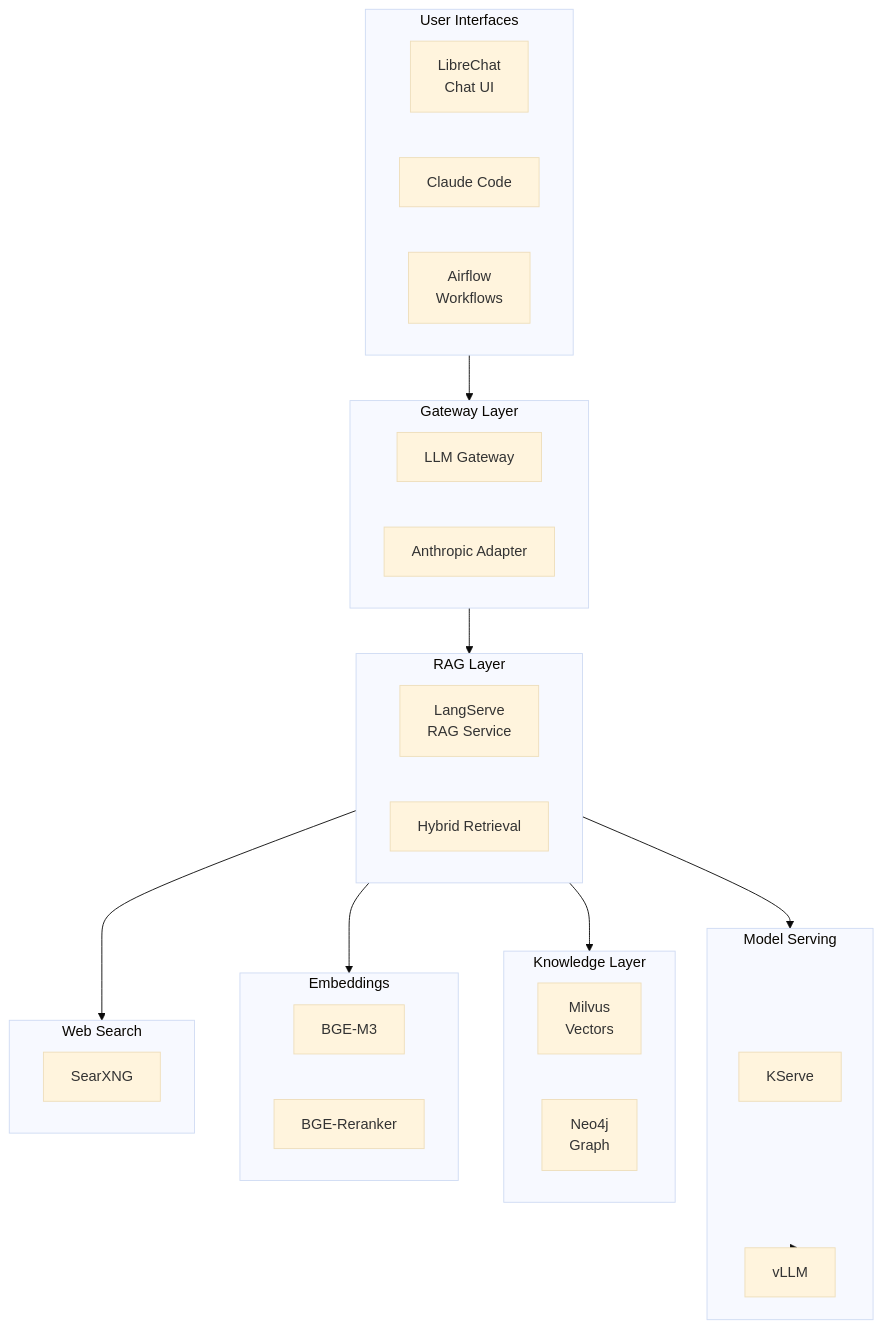
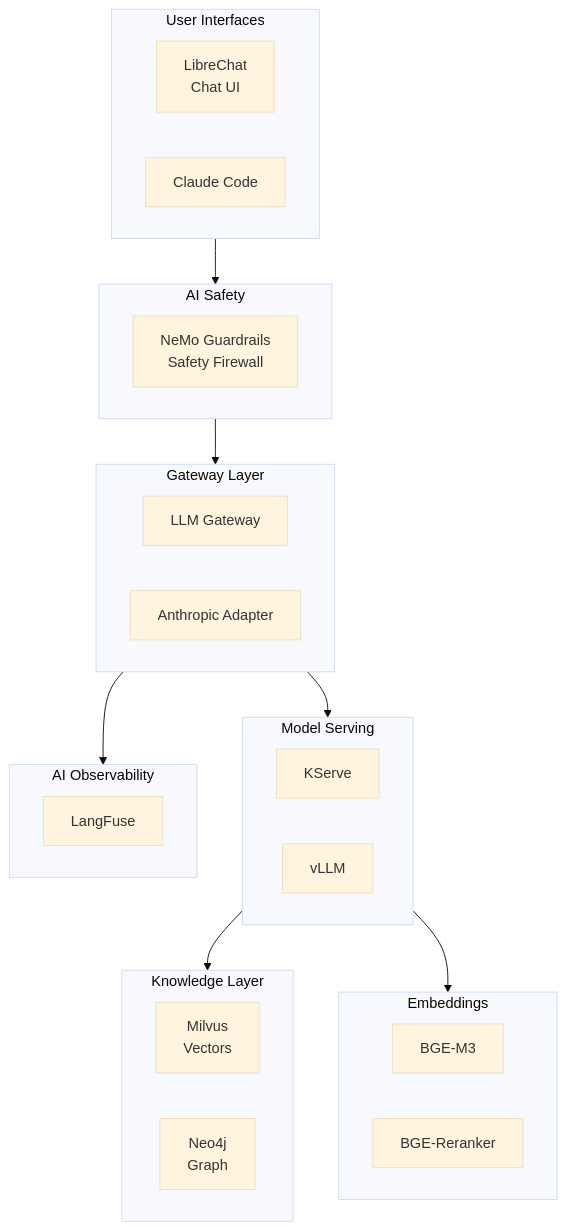
The diagram in products/cortex/README.md (openova-io/openova), drawn with Mermaid (base theme) before and after one commit. The commit also changed other lines of this file and 50 other files, not shown here.

````diff
--- a/products/cortex/README.md
+++ b/products/cortex/README.md
@@ -13,45 +13,42 @@
 ```mermaid
 flowchart TB
     subgraph UI["User Interfaces"]
         LibreChat[LibreChat<br/>Chat UI]
         ClaudeCode[Claude Code]
-        Airflow[Airflow<br/>Workflows]
+    end
+
+    subgraph Safety["AI Safety"]
+        Guardrails[NeMo Guardrails<br/>Safety Firewall]
     end
 
     subgraph Gateway["Gateway Layer"]
         LLMGateway[LLM Gateway]
         Adapter[Anthropic Adapter]
-    end
-
-    subgraph RAG["RAG Layer"]
-        LangServe[LangServe<br/>RAG Service]
-        Retrieval[Hybrid Retrieval]
     end
 
     subgraph Serving["Model Serving"]
         KServe[KServe]
         vLLM[vLLM]
     end
 
     subgraph Knowledge["Knowledge Layer"]
         Milvus[Milvus<br/>Vectors]
         Neo4j[Neo4j<br/>Graph]
     end
 
     subgraph Embeddings["Embeddings"]
         BGE[BGE-M3]
         Reranker[BGE-Reranker]
     end
 
-    subgraph Search["Web Search"]
-        SearXNG[SearXNG]
+    subgraph Observability["AI Observability"]
+        LangFuse[LangFuse]
     end
 
-    UI --> Gateway
-    Gateway --> RAG
-    RAG --> Serving
-    RAG --> Knowledge
-    RAG --> Embeddings
-    RAG --> Search
-    Serving --> vLLM
+    UI --> Safety
+    Safety --> Gateway
+    Gateway --> Serving
+    Serving --> Knowledge
+    Serving --> Embeddings
+    Gateway --> Observability
 ```
````
